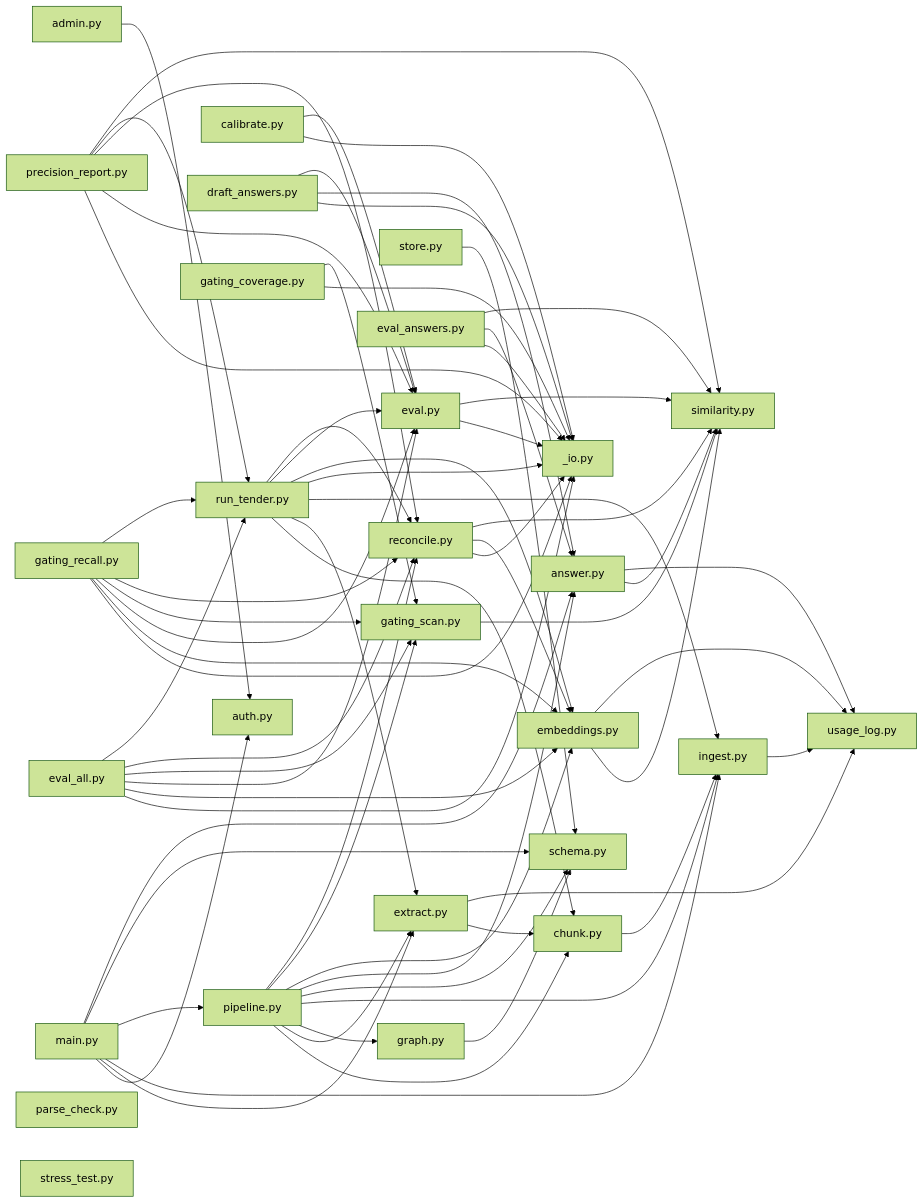
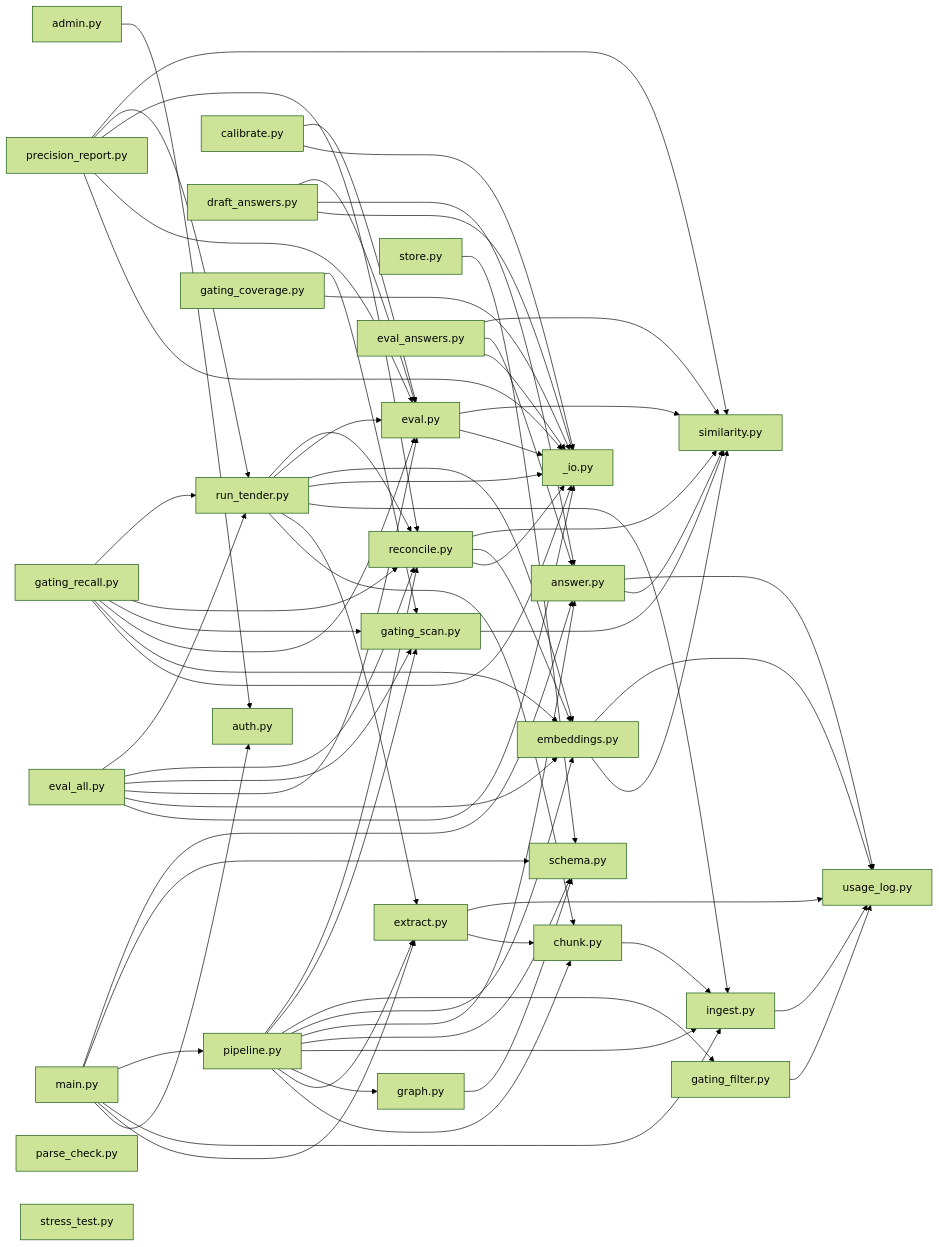
Before and after one commit to Welddevelopment/Bidframe: the third of 3 diagrams in CODEMAP.md, drawn with Mermaid (forest theme). The commit also changed other lines of this file and 4 other files, not shown here.

First line of the commit message:
feat(gating): stage-2 model precision filter — generous net, model drops false flags

````diff
--- a/CODEMAP.md
+++ b/CODEMAP.md
@@ -282,71 +282,73 @@
 ```mermaid
 graph LR
   n0[admin.py] --> n1[auth.py]
   n2[chunk.py] --> n3[ingest.py]
   n4[extract.py] --> n2[chunk.py]
   n4[extract.py] --> n5[usage_log.py]
   n6[graph.py] --> n7[schema.py]
   n3[ingest.py] --> n5[usage_log.py]
   n8[main.py] --> n1[auth.py]
   n8[main.py] --> n4[extract.py]
   n8[main.py] --> n3[ingest.py]
   n8[main.py] --> n9[pipeline.py]
   n8[main.py] --> n7[schema.py]
   n8[main.py] --> n10[answer.py]
   n9[pipeline.py] --> n2[chunk.py]
   n9[pipeline.py] --> n4[extract.py]
   n9[pipeline.py] --> n6[graph.py]
   n9[pipeline.py] --> n3[ingest.py]
   n9[pipeline.py] --> n7[schema.py]
   n9[pipeline.py] --> n10[answer.py]
   n9[pipeline.py] --> n11[embeddings.py]
-  n9[pipeline.py] --> n12[gating_scan.py]
-  n9[pipeline.py] --> n13[reconcile.py]
-  n14[store.py] --> n7[schema.py]
-  n10[answer.py] --> n15[similarity.py]
+  n9[pipeline.py] --> n12[gating_filter.py]
+  n9[pipeline.py] --> n13[gating_scan.py]
+  n9[pipeline.py] --> n14[reconcile.py]
+  n15[store.py] --> n7[schema.py]
+  n10[answer.py] --> n16[similarity.py]
   n10[answer.py] --> n5[usage_log.py]
-  n11[embeddings.py] --> n15[similarity.py]
+  n11[embeddings.py] --> n16[similarity.py]
   n11[embeddings.py] --> n5[usage_log.py]
-  n16[eval.py] --> n17[_io.py]
-  n16[eval.py] --> n15[similarity.py]
-  n18[eval_answers.py] --> n17[_io.py]
-  n18[eval_answers.py] --> n10[answer.py]
-  n18[eval_answers.py] --> n15[similarity.py]
-  n12[gating_scan.py] --> n15[similarity.py]
-  n13[reconcile.py] --> n17[_io.py]
-  n13[reconcile.py] --> n11[embeddings.py]
-  n13[reconcile.py] --> n15[similarity.py]
-  n19[calibrate.py] --> n17[_io.py]
-  n19[calibrate.py] --> n16[eval.py]
-  n20[draft_answers.py] --> n17[_io.py]
-  n20[draft_answers.py] --> n10[answer.py]
-  n20[draft_answers.py] --> n16[eval.py]
-  n21[eval_all.py] --> n17[_io.py]
-  n21[eval_all.py] --> n11[embeddings.py]
-  n21[eval_all.py] --> n16[eval.py]
-  n21[eval_all.py] --> n12[gating_scan.py]
-  n21[eval_all.py] --> n13[reconcile.py]
-  n21[eval_all.py] --> n22[run_tender.py]
-  n23[gating_coverage.py] --> n17[_io.py]
-  n23[gating_coverage.py] --> n12[gating_scan.py]
-  n24[gating_recall.py] --> n17[_io.py]
-  n24[gating_recall.py] --> n11[embeddings.py]
-  n24[gating_recall.py] --> n16[eval.py]
-  n24[gating_recall.py] --> n12[gating_scan.py]
-  n24[gating_recall.py] --> n13[reconcile.py]
-  n24[gating_recall.py] --> n22[run_tender.py]
-  n25[precision_report.py] --> n17[_io.py]
-  n25[precision_report.py] --> n16[eval.py]
-  n25[precision_report.py] --> n13[reconcile.py]
-  n25[precision_report.py] --> n22[run_tender.py]
-  n25[precision_report.py] --> n15[similarity.py]
-  n22[run_tender.py] --> n2[chunk.py]
-  n22[run_tender.py] --> n4[extract.py]
-  n22[run_tender.py] --> n3[ingest.py]
-  n22[run_tender.py] --> n17[_io.py]
-  n22[run_tender.py] --> n11[embeddings.py]
-  n22[run_tender.py] --> n16[eval.py]
-  n22[run_tender.py] --> n13[reconcile.py]
-  n26[parse_check.py]
-  n27[stress_test.py]
+  n17[eval.py] --> n18[_io.py]
+  n17[eval.py] --> n16[similarity.py]
+  n19[eval_answers.py] --> n18[_io.py]
+  n19[eval_answers.py] --> n10[answer.py]
+  n19[eval_answers.py] --> n16[similarity.py]
+  n12[gating_filter.py] --> n5[usage_log.py]
+  n13[gating_scan.py] --> n16[similarity.py]
+  n14[reconcile.py] --> n18[_io.py]
+  n14[reconcile.py] --> n11[embeddings.py]
+  n14[reconcile.py] --> n16[similarity.py]
+  n20[calibrate.py] --> n18[_io.py]
+  n20[calibrate.py] --> n17[eval.py]
+  n21[draft_answers.py] --> n18[_io.py]
+  n21[draft_answers.py] --> n10[answer.py]
+  n21[draft_answers.py] --> n17[eval.py]
+  n22[eval_all.py] --> n18[_io.py]
+  n22[eval_all.py] --> n11[embeddings.py]
+  n22[eval_all.py] --> n17[eval.py]
+  n22[eval_all.py] --> n13[gating_scan.py]
+  n22[eval_all.py] --> n14[reconcile.py]
+  n22[eval_all.py] --> n23[run_tender.py]
+  n24[gating_coverage.py] --> n18[_io.py]
+  n24[gating_coverage.py] --> n13[gating_scan.py]
+  n25[gating_recall.py] --> n18[_io.py]
+  n25[gating_recall.py] --> n11[embeddings.py]
+  n25[gating_recall.py] --> n17[eval.py]
+  n25[gating_recall.py] --> n13[gating_scan.py]
+  n25[gating_recall.py] --> n14[reconcile.py]
+  n25[gating_recall.py] --> n23[run_tender.py]
+  n26[precision_report.py] --> n18[_io.py]
+  n26[precision_report.py] --> n17[eval.py]
+  n26[precision_report.py] --> n14[reconcile.py]
+  n26[precision_report.py] --> n23[run_tender.py]
+  n26[precision_report.py] --> n16[similarity.py]
+  n23[run_tender.py] --> n2[chunk.py]
+  n23[run_tender.py] --> n4[extract.py]
+  n23[run_tender.py] --> n3[ingest.py]
+  n23[run_tender.py] --> n18[_io.py]
+  n23[run_tender.py] --> n11[embeddings.py]
+  n23[run_tender.py] --> n17[eval.py]
+  n23[run_tender.py] --> n14[reconcile.py]
+  n27[parse_check.py]
+  n28[stress_test.py]
 ```
````
